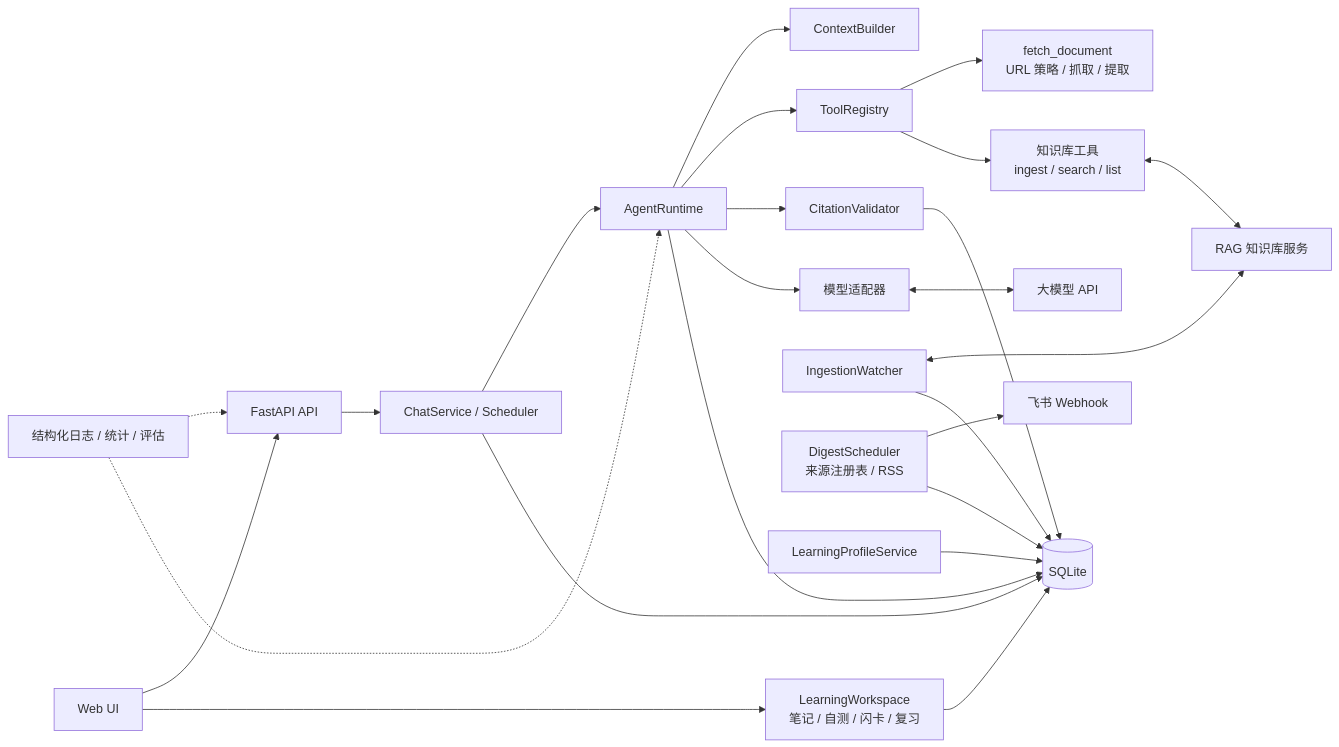
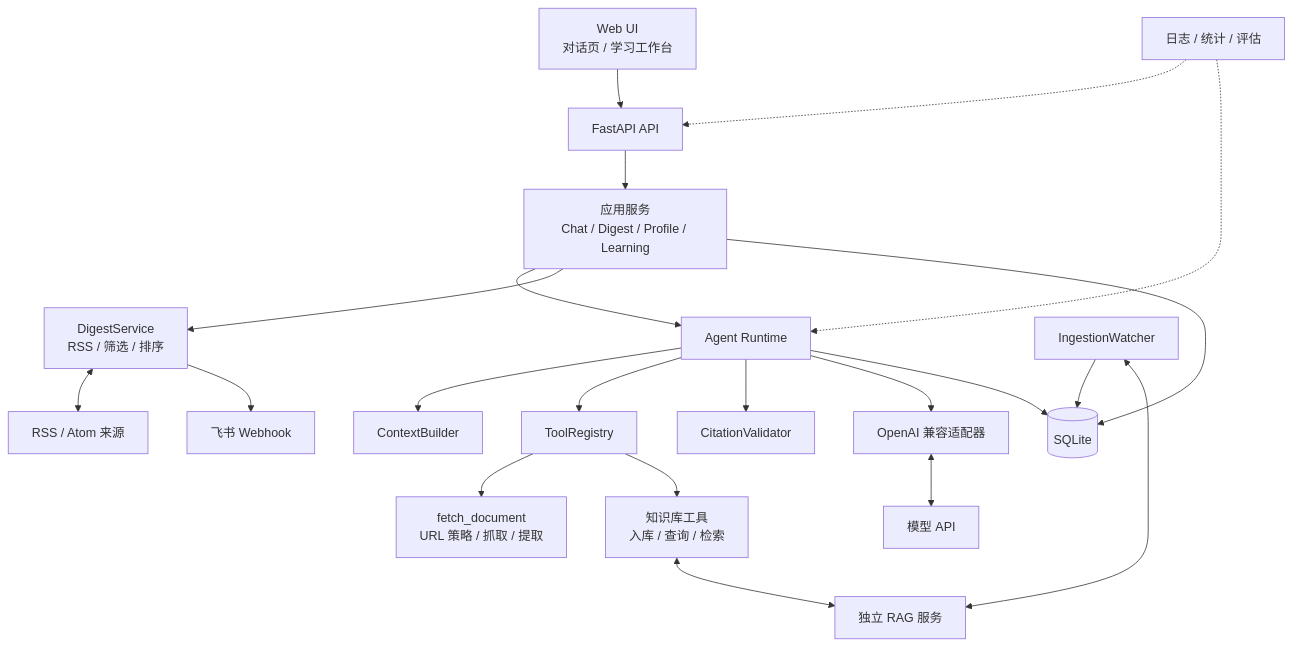
The diagram in README.md (Rena-xie/ai_learning_agent), drawn with Mermaid before and after one commit. The commit also changed other lines of this file, not shown here.

````diff
--- a/README.md
+++ b/README.md
@@ -29,25 +52,27 @@
 ```mermaid
-flowchart LR
-    UI["Web UI"] --> API["FastAPI API"]
-    API --> SVC["ChatService / Scheduler"]
-    SVC --> RT["AgentRuntime"]
+flowchart TB
+    UI["Web UI<br/>对话页 / 学习工作台"] --> API["FastAPI API"]
+    API --> APP["应用服务<br/>Chat / Digest / Profile / Learning"]
+    APP --> RT["Agent Runtime"]
     RT --> CTX["ContextBuilder"]
     RT --> TOOLS["ToolRegistry"]
     RT --> CITE["CitationValidator"]
-    RT --> MODEL["模型适配器"] <--> LLM["大模型 API"]
-    TOOLS --> FETCH["fetch_document<br/>URL 策略 / 抓取 / 提取"]
-    TOOLS --> KB["知识库工具<br/>ingest / search / list"]
-    KB <--> RAG["RAG 知识库服务"]
-    WATCH["IngestionWatcher"] <--> RAG
-    DIGEST["DigestScheduler<br/>来源注册表 / RSS"] --> FEISHU["飞书 Webhook"]
-    DIGEST --> DB[("SQLite")]
-    PROFILE["LearningProfileService"] --> DB
-    STUDY["LearningWorkspace<br/>笔记 / 自测 / 闪卡 / 复习"] --> DB
-    UI --> STUDY
-    WATCH --> DB
-    SVC --> DB
+    RT --> MODEL["OpenAI 兼容适配器"]
+    MODEL <--> LLM["模型 API"]
+
+    TOOLS --> DOC["fetch_document<br/>URL 策略 / 抓取 / 提取"]
+    TOOLS --> KB["知识库工具<br/>入库 / 查询 / 检索"]
+    KB <--> RAG["独立 RAG 服务"]
+
+    APP --> DIGEST["DigestService<br/>RSS / 筛选 / 排序"]
+    DIGEST <--> FEED["RSS / Atom 来源"]
+    DIGEST --> FEISHU["飞书 Webhook"]
+
+    APP --> DB[("SQLite")]
     RT --> DB
-    CITE --> DB
-    OBS["结构化日志 / 统计 / 评估"] -.-> API
+    WATCH["IngestionWatcher"] --> DB
+    WATCH <--> RAG
+
+    OBS["日志 / 统计 / 评估"] -.-> API
     OBS -.-> RT
 ```
````
